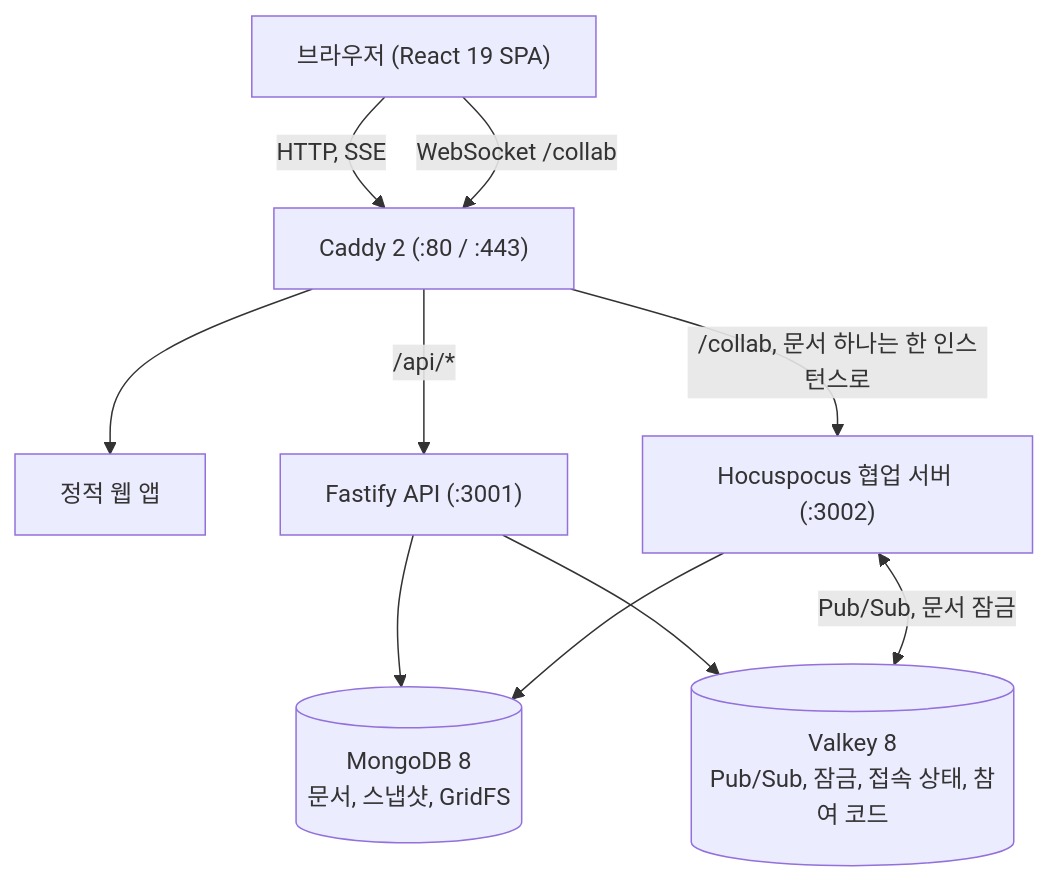
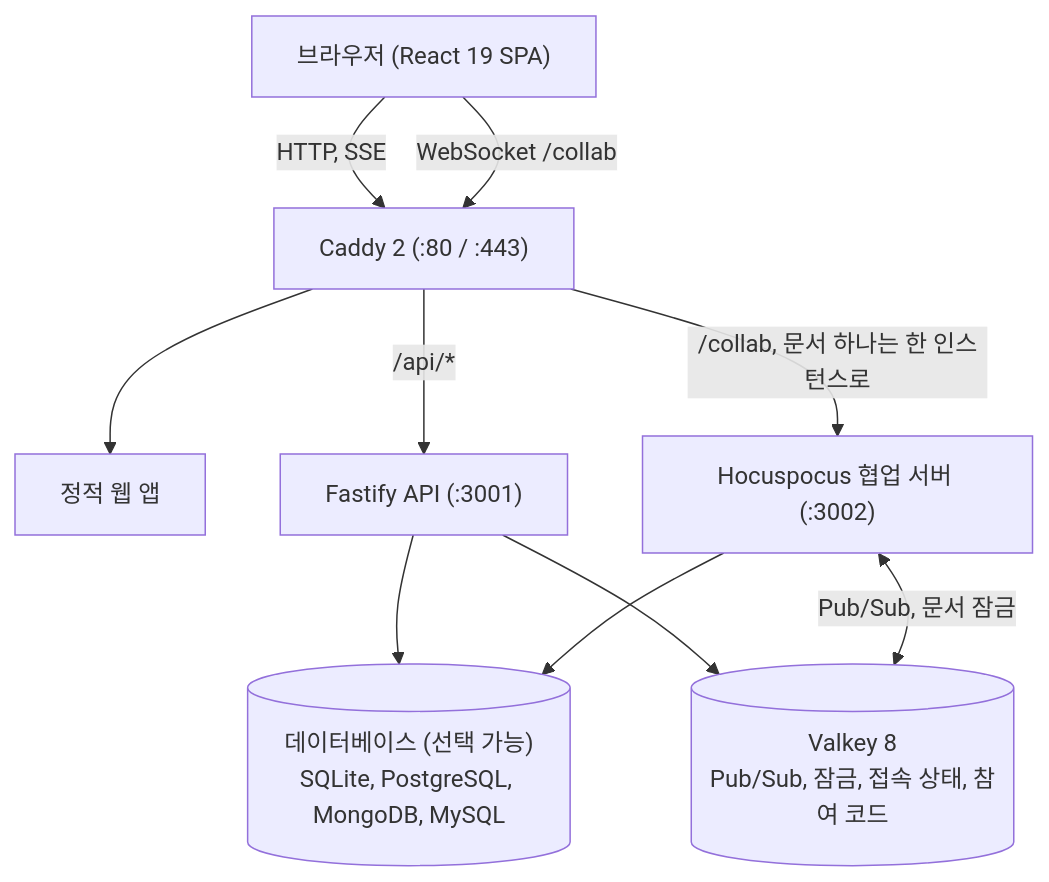
The diagram in README.ko.md (kim0040/codesh), drawn with Mermaid before and after one commit. The commit also changed other lines of this file and 1 other file, not shown here.

````diff
--- a/README.ko.md
+++ b/README.ko.md
@@ -220,20 +152,20 @@
 ```mermaid
 graph TD
     Browser["브라우저 (React 19 SPA)"]
     Caddy["Caddy 2 (:80 / :443)"]
     Web["정적 웹 앱"]
     API["Fastify API (:3001)"]
     Collab["Hocuspocus 협업 서버 (:3002)"]
-    MongoDB[("MongoDB 8<br/>문서, 스냅샷, GridFS")]
+    DB[("데이터베이스 (선택 가능)<br/>SQLite, PostgreSQL, MongoDB, MySQL")]
     Valkey[("Valkey 8<br/>Pub/Sub, 잠금, 접속 상태, 참여 코드")]
 
     Browser -->|"HTTP, SSE"| Caddy
     Browser -->|"WebSocket /collab"| Caddy
     Caddy --> Web
     Caddy -->|"/api/*"| API
     Caddy -->|"/collab, 문서 하나는 한 인스턴스로"| Collab
-    API --> MongoDB
+    API --> DB
     API --> Valkey
-    Collab --> MongoDB
+    Collab --> DB
     Collab <-->|"Pub/Sub, 문서 잠금"| Valkey
 ```
````
